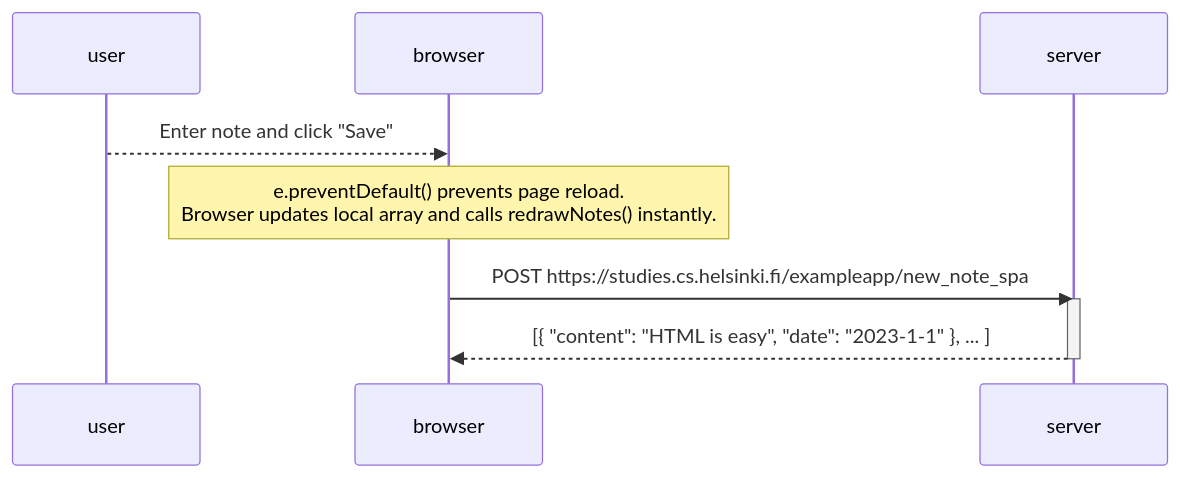
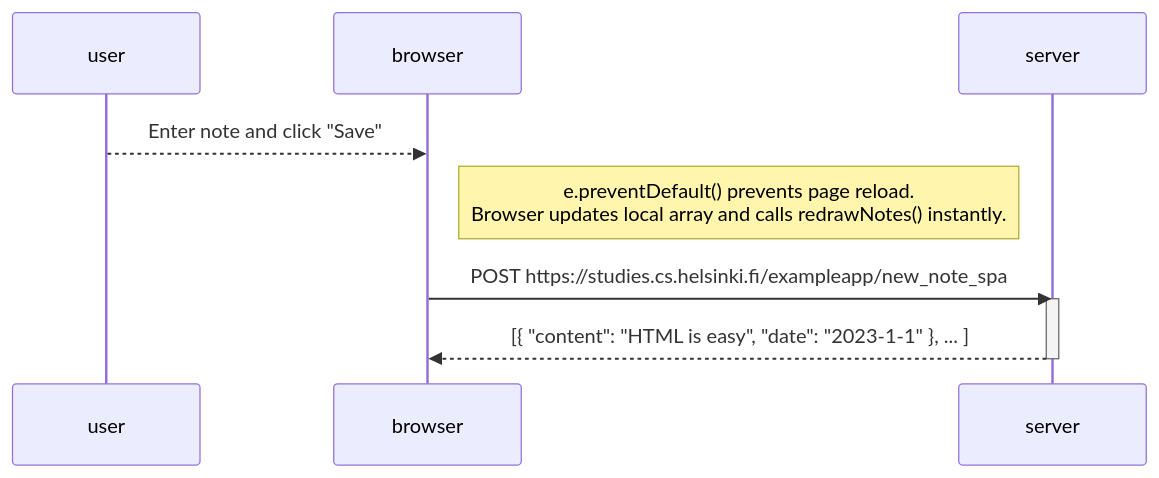
One commit to Naynawa/Full-Stack-Open changed the diagram in part0/0.6_create_a_new_note_single_page_app.mmd. Above: the diagram before and after it, drawn with Mermaid.

Commit message:
0.6 updates

```diff
--- a/part0/0.6_create_a_new_note_single_page_app.mmd
+++ b/part0/0.6_create_a_new_note_single_page_app.mmd
@@ -1,14 +1,14 @@
 sequenceDiagram
 
     participant user
     participant browser
     participant server
 
     user-->>browser: Enter note and click "Save"
 
-    Note over browser: e.preventDefault() prevents page reload.<br/>Browser updates local array and calls redrawNotes() instantly.
+    Note right of browser: e.preventDefault() prevents page reload.<br/>Browser updates local array and calls redrawNotes() instantly.
 
     browser->>server: POST https://studies.cs.helsinki.fi/exampleapp/new_note_spa
     activate server
     server-->>browser: [{ "content": "HTML is easy", "date": "2023-1-1" }, ... ]
     deactivate server
```
